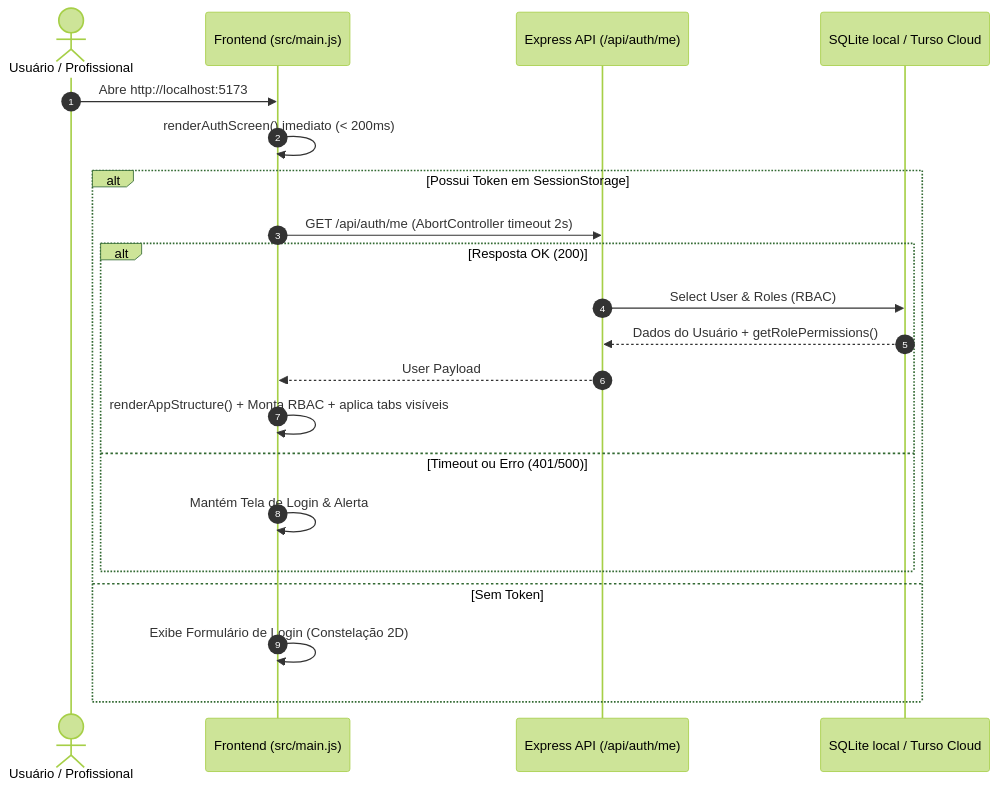
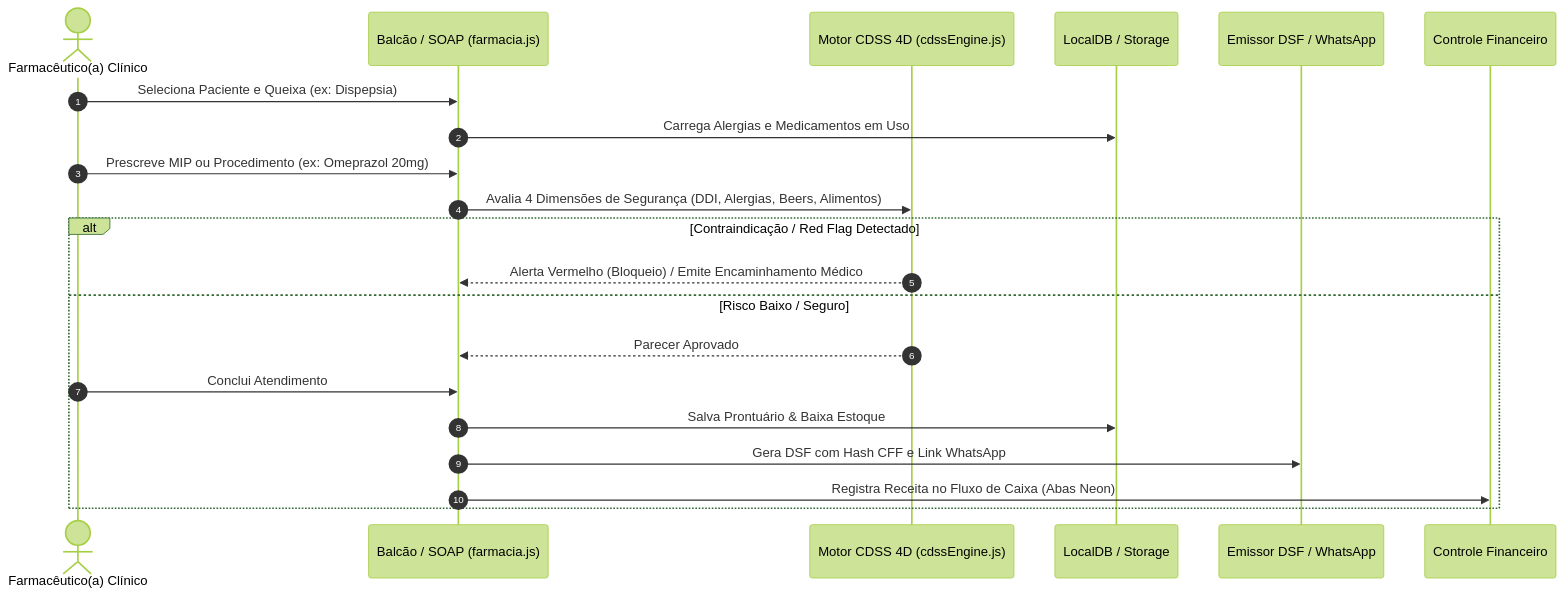
Before and after one commit to Mazzarowysk/crm-clinico-farmaceutic: the second of 2 diagrams in docs/10-Manuais/01-guia-desenvolvedor.md, drawn with Mermaid (forest theme). The commit also changed other lines of this file and 4 other files, not shown here.

````diff
--- a/docs/10-Manuais/01-guia-desenvolvedor.md
+++ b/docs/10-Manuais/01-guia-desenvolvedor.md
@@ -63,24 +56,24 @@
 ```mermaid
 sequenceDiagram
     autonumber
-    actor User as Usuário / Profissional
-    participant UI as Frontend (src/main.js)
-    participant API as Express API (/api/auth/me)
-    participant DB as SQLite local / Turso Cloud
+    actor Farmaceutico as Farmacêutico(a) Clínico
+    participant Balcao as Balcão / SOAP (farmacia.js)
+    participant CDSS as Motor CDSS 4D (cdssEngine.js)
+    participant LocalDB as LocalDB / Storage
+    participant DSF as Emissor DSF / WhatsApp
+    participant Fin as Controle Financeiro
 
-    User->>UI: Abre http://localhost:5173
-    UI->>UI: renderAuthScreen() imediato (< 200ms)
-    alt Possui Token em SessionStorage
-        UI->>API: GET /api/auth/me (AbortController timeout 2s)
-        alt Resposta OK (200)
-            API->>DB: Select User & Roles (RBAC)
-            DB-->>API: Dados do Usuário + getRolePermissions()
-            API-->>UI: User Payload
-            UI->>UI: renderAppStructure() + Monta RBAC + aplica tabs visíveis
-        else Timeout ou Erro (401/500)
-            UI->>UI: Mantém Tela de Login & Alerta
-        end
-    else Sem Token
-        UI->>UI: Exibe Formulário de Login (Constelação 2D)
+    Farmaceutico->>Balcao: Seleciona Paciente e Queixa (ex: Dispepsia)
+    Balcao->>LocalDB: Carrega Alergias e Medicamentos em Uso
+    Farmaceutico->>Balcao: Prescreve MIP ou Procedimento (ex: Omeprazol 20mg)
+    Balcao->>CDSS: Avalia 4 Dimensões de Segurança (DDI, Alergias, Beers, Alimentos)
+    alt Contraindicação / Red Flag Detectado
+        CDSS-->>Balcao: Alerta Vermelho (Bloqueio) / Emite Encaminhamento Médico
+    else Risco Baixo / Seguro
+        CDSS-->>Balcao: Parecer Aprovado
+        Farmaceutico->>Balcao: Conclui Atendimento
+        Balcao->>LocalDB: Salva Prontuário & Baixa Estoque
+        Balcao->>DSF: Gera DSF com Hash CFF e Link WhatsApp
+        Balcao->>Fin: Registra Receita no Fluxo de Caixa (Abas Neon)
     end
 ```
````
